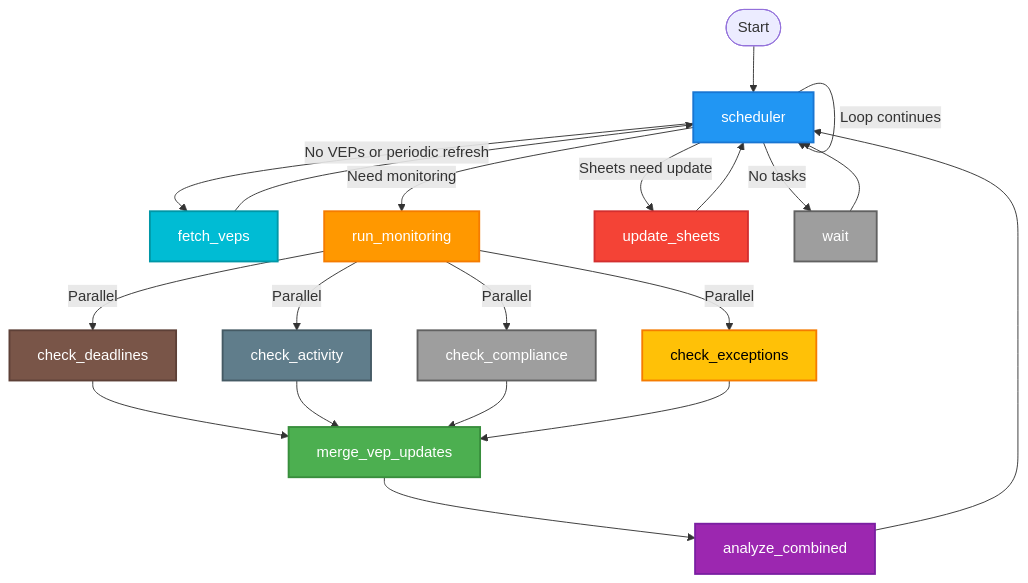
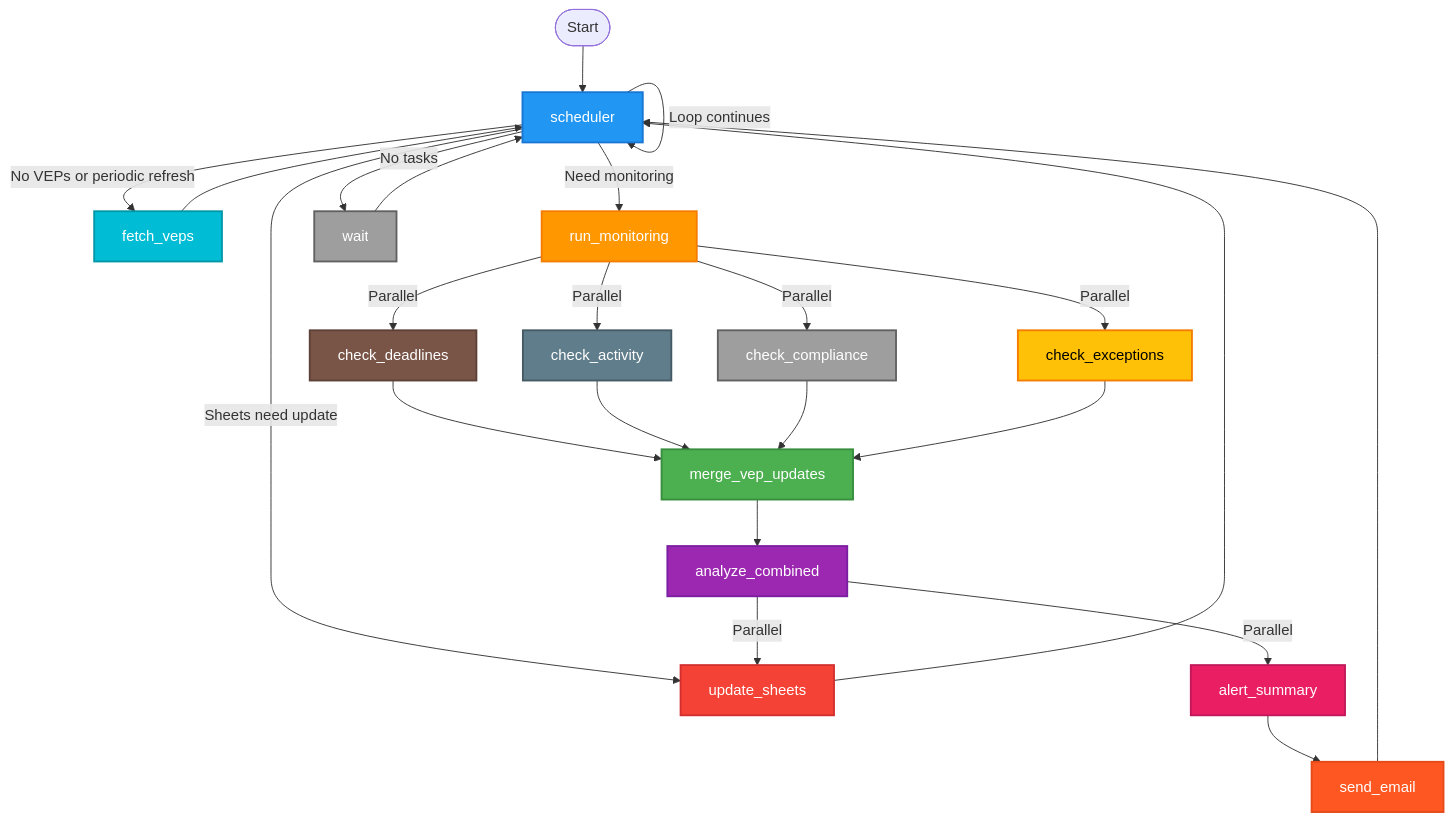
Before and after one commit to iholder101/vep-police-agent: the diagram in README.md, drawn with Mermaid. The commit also changed other lines of this file and 1 other file, not shown here.

First line of the commit message:
Add alert_summary to NODE_MODELS and update README with email alerts

````diff
--- a/README.md
+++ b/README.md
@@ -187,40 +221,45 @@
 ```mermaid
 graph TD
     Start([Start]) --> Scheduler[scheduler]
     
     Scheduler -->|No VEPs or periodic refresh| FetchVEPs[fetch_veps]
     Scheduler -->|Need monitoring| RunMonitoring[run_monitoring]
     Scheduler -->|Sheets need update| UpdateSheets[update_sheets]
     Scheduler -->|No tasks| Wait[wait]
     
     RunMonitoring -->|Parallel| CheckDeadlines[check_deadlines]
     RunMonitoring -->|Parallel| CheckActivity[check_activity]
     RunMonitoring -->|Parallel| CheckCompliance[check_compliance]
     RunMonitoring -->|Parallel| CheckExceptions[check_exceptions]
     
     CheckDeadlines --> MergeUpdates[merge_vep_updates]
     CheckActivity --> MergeUpdates
     CheckCompliance --> MergeUpdates
     CheckExceptions --> MergeUpdates
     
     MergeUpdates --> AnalyzeCombined[analyze_combined]
-    AnalyzeCombined --> Scheduler
+    AnalyzeCombined -->|Parallel| UpdateSheets[update_sheets]
+    AnalyzeCombined -->|Parallel| AlertSummary[alert_summary]
+    AlertSummary --> SendEmail[send_email]
     
     FetchVEPs --> Scheduler
     UpdateSheets --> Scheduler
+    SendEmail --> Scheduler
     Wait --> Scheduler
     
     Scheduler -->|Loop continues| Scheduler
     
     style Scheduler fill:#2196F3,stroke:#1976D2,stroke-width:2px,color:#fff
     style RunMonitoring fill:#FF9800,stroke:#F57C00,stroke-width:2px,color:#fff
     style MergeUpdates fill:#4CAF50,stroke:#388E3C,stroke-width:2px,color:#fff
     style AnalyzeCombined fill:#9C27B0,stroke:#7B1FA2,stroke-width:2px,color:#fff
     style UpdateSheets fill:#F44336,stroke:#D32F2F,stroke-width:2px,color:#fff
     style FetchVEPs fill:#00BCD4,stroke:#0097A7,stroke-width:2px,color:#fff
     style CheckDeadlines fill:#795548,stroke:#5D4037,stroke-width:2px,color:#fff
     style CheckActivity fill:#607D8B,stroke:#455A64,stroke-width:2px,color:#fff
     style CheckCompliance fill:#9E9E9E,stroke:#616161,stroke-width:2px,color:#fff
     style CheckExceptions fill:#FFC107,stroke:#F57C00,stroke-width:2px,color:#000
+    style AlertSummary fill:#E91E63,stroke:#C2185B,stroke-width:2px,color:#fff
+    style SendEmail fill:#FF5722,stroke:#E64A19,stroke-width:2px,color:#fff
     style Wait fill:#9E9E9E,stroke:#616161,stroke-width:2px,color:#fff
 ```
````
